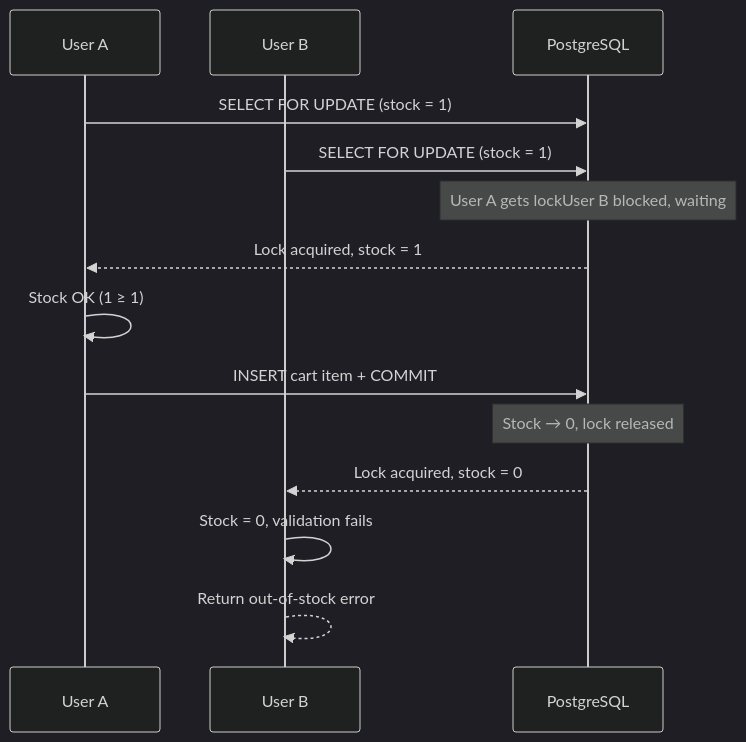
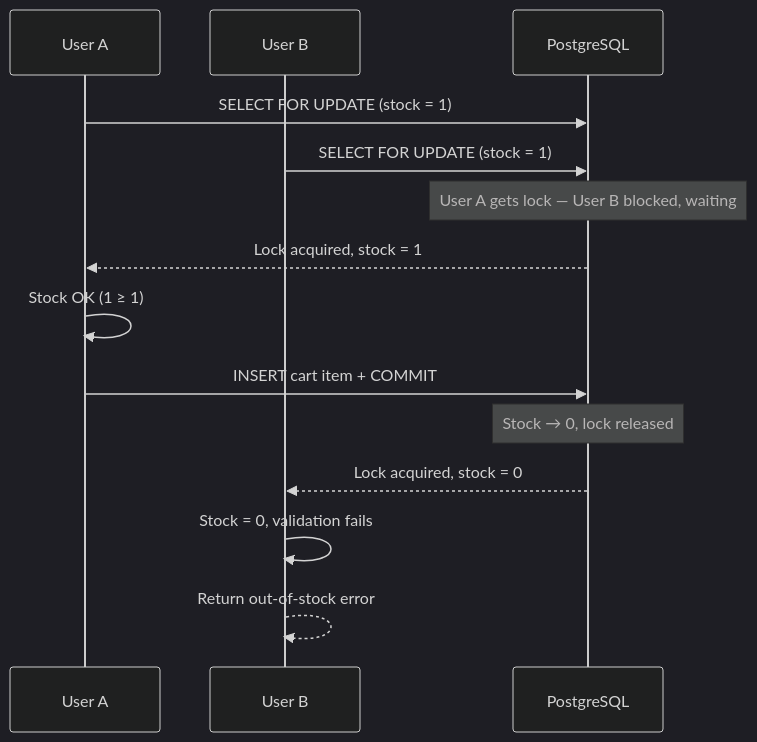
The third of 3 diagrams in README.md (Kineth-t/CS464-g1t10-project), drawn with Mermaid (dark theme) before and after one commit. The commit also changed other lines of this file and 4 other files, not shown here.

````diff
--- a/README.md
+++ b/README.md
@@ -111,19 +116,19 @@
 ```mermaid
 sequenceDiagram
     participant A as User A
     participant B as User B
     participant DB as PostgreSQL
 
     A->>DB: SELECT FOR UPDATE (stock = 1)
     B->>DB: SELECT FOR UPDATE (stock = 1)
-    Note over DB: User A gets lockUser B blocked, waiting
+    Note over DB: User A gets lock — User B blocked, waiting
 
     DB-->>A: Lock acquired, stock = 1
     A->>A: Stock OK (1 ≥ 1)
     A->>DB: INSERT cart item + COMMIT
     Note over DB: Stock → 0, lock released
 
     DB-->>B: Lock acquired, stock = 0
     B->>B: Stock = 0, validation fails
     B-->>B: Return out-of-stock error
-``` 
+```
````
